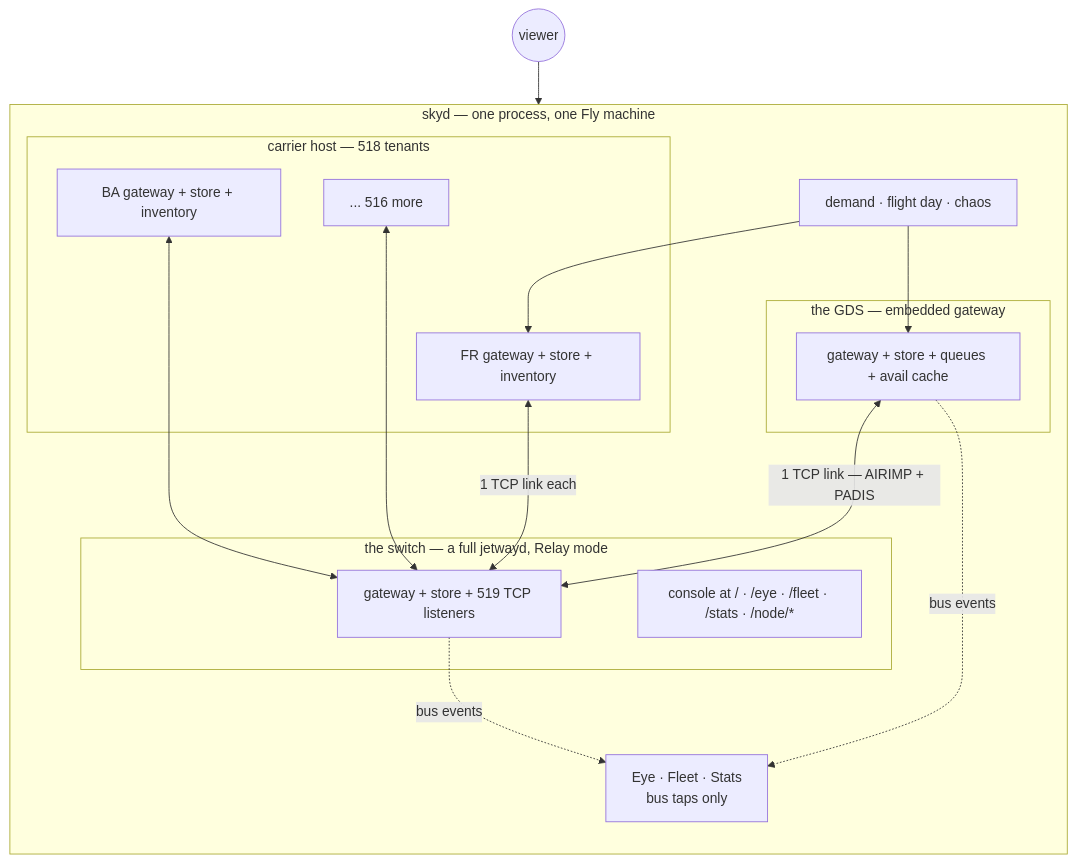
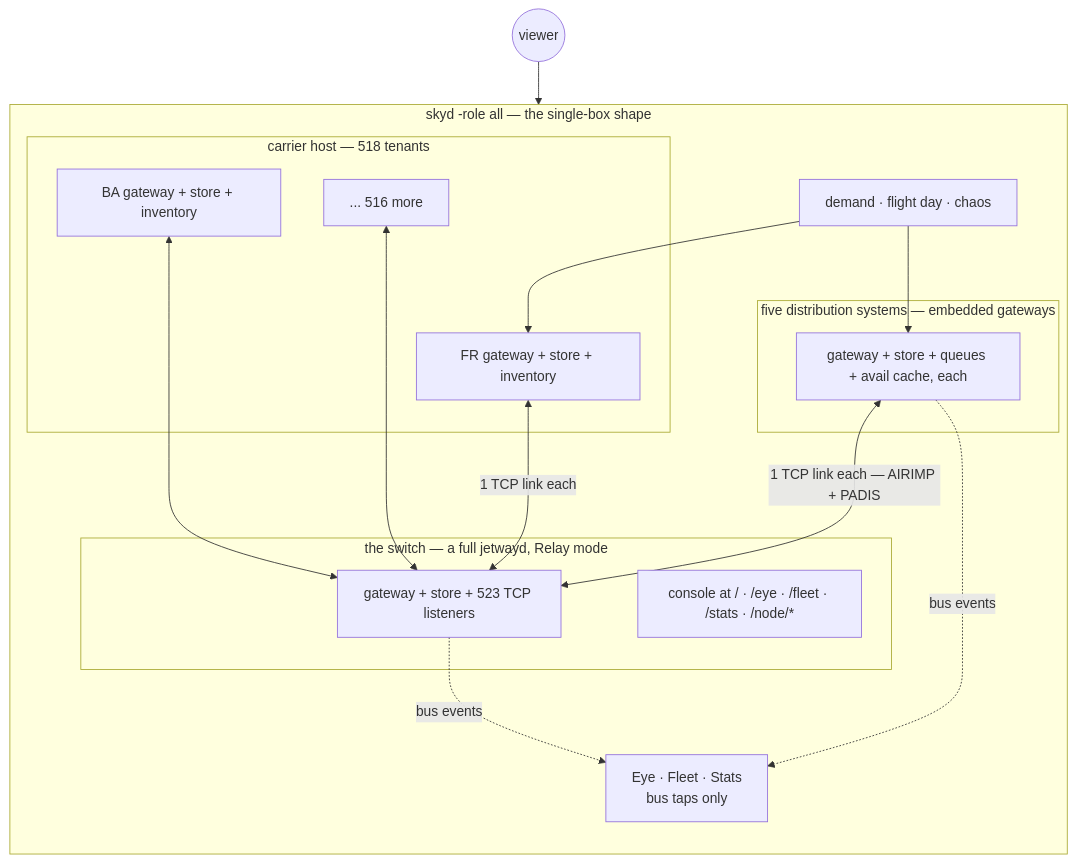
The second of 2 diagrams in README.md (adamf/wholesky), drawn with Mermaid before and after one commit. The commit also changed other lines of this file and 3 other files, not shown here.

````diff
--- a/README.md
+++ b/README.md
@@ -100,31 +151,31 @@
 ```mermaid
 flowchart TB
-  subgraph skyd [skyd — one process, one Fly machine]
+  subgraph skyd [skyd -role all — the single-box shape]
     direction TB
     subgraph sw [the switch — a full jetwayd, Relay mode]
-      SWG[gateway + store + 519 TCP listeners]
+      SWG[gateway + store + 523 TCP listeners]
       UI[console at / · /eye · /fleet · /stats · /node/*]
     end
-    subgraph gds [the GDS — embedded gateway]
-      G[gateway + store + queues + avail cache]
+    subgraph gds [five distribution systems — embedded gateways]
+      G[gateway + store + queues + avail cache, each]
     end
     subgraph host [carrier host — 518 tenants]
       T1[FR gateway + store + inventory]
       T2[BA gateway + store + inventory]
       TN[... 516 more]
     end
     OBS[Eye · Fleet · Stats\nbus taps only]
     DRV[demand · flight day · chaos]
   end
   V((viewer))
 
-  G <-- "1 TCP link — AIRIMP + PADIS" --> SWG
+  G <-- "1 TCP link each — AIRIMP + PADIS" --> SWG
   T1 <-- "1 TCP link each" --> SWG
   T2 <---> SWG
   TN <---> SWG
   SWG -. bus events .-> OBS
   G -. bus events .-> OBS
   DRV --> G
   DRV --> T1
   V --> UI
 ```
````
